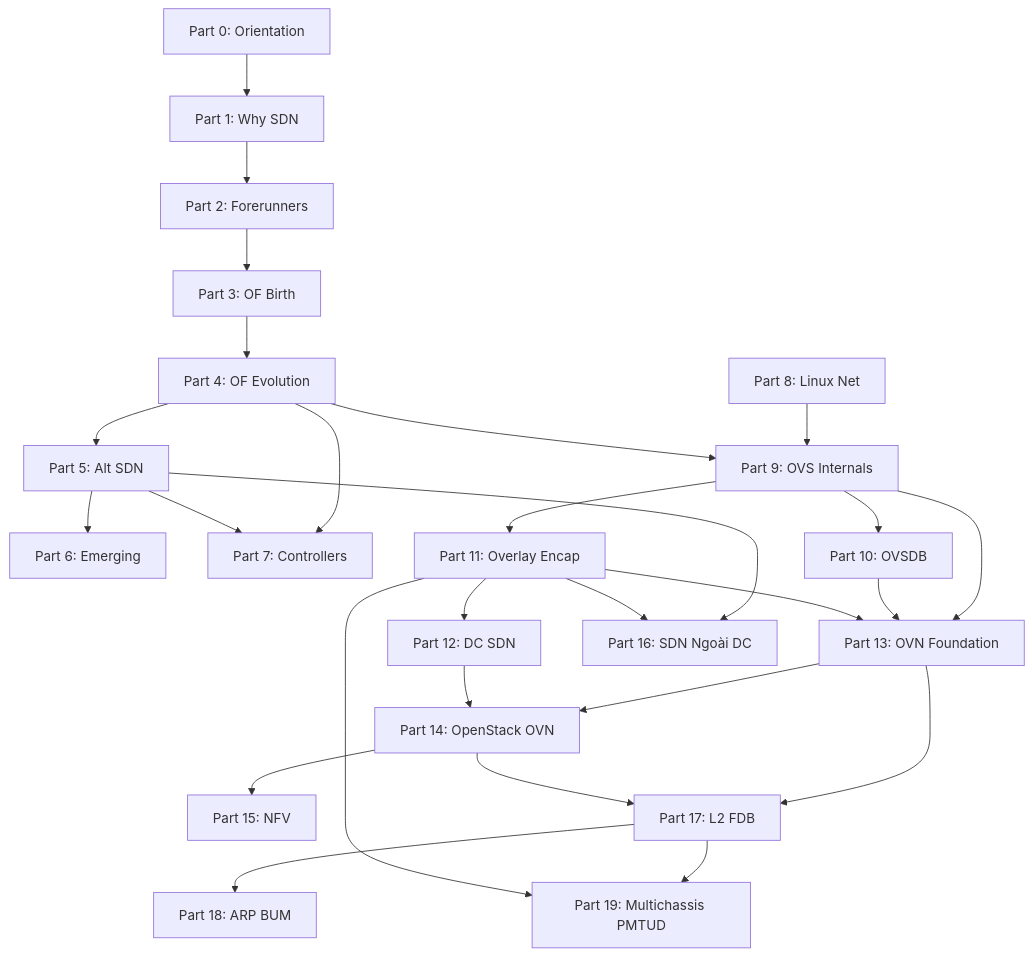
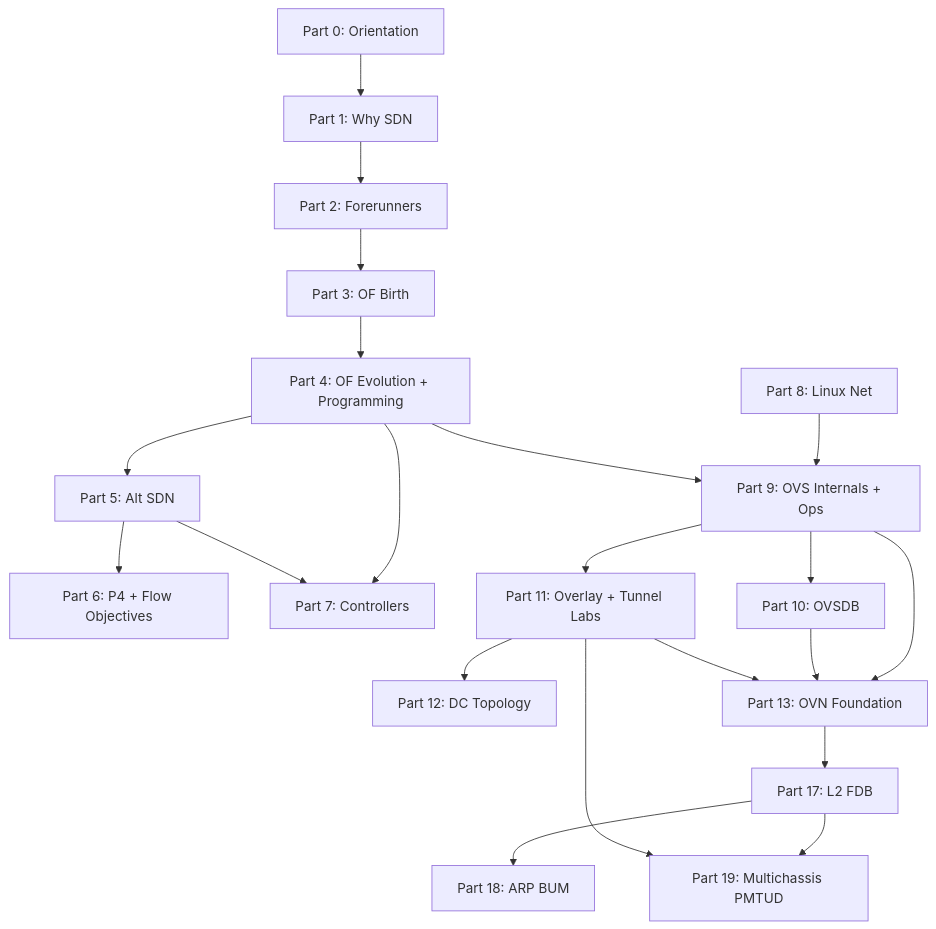
The diagram in sdn-onboard/README.md (volehuy1998/network-onboard), drawn with Mermaid before and after one commit. The commit also changed other lines of this file and 17 other files, not shown here.

First line of the commit message:
refactor(sdn): rev 3 scope tightening — remove OpenStack/Neutron/NFV/WAN from curriculum (P0)

````diff
--- a/sdn-onboard/README.md
+++ b/sdn-onboard/README.md
@@ -21,50 +23,41 @@
 ```mermaid
 graph TD
   P0[Part 0: Orientation]
   P1[Part 1: Why SDN]
   P2[Part 2: Forerunners]
   P3[Part 3: OF Birth]
-  P4[Part 4: OF Evolution]
+  P4[Part 4: OF Evolution + Programming]
   P5[Part 5: Alt SDN]
-  P6[Part 6: Emerging]
+  P6[Part 6: P4 + Flow Objectives]
   P7[Part 7: Controllers]
   P8[Part 8: Linux Net]
-  P9[Part 9: OVS Internals]
+  P9[Part 9: OVS Internals + Ops]
   P10[Part 10: OVSDB]
-  P11[Part 11: Overlay Encap]
-  P12[Part 12: DC SDN]
+  P11[Part 11: Overlay + Tunnel Labs]
+  P12[Part 12: DC Topology]
   P13[Part 13: OVN Foundation]
-  P14[Part 14: OpenStack OVN]
-  P15[Part 15: NFV]
-  P16[Part 16: SDN Ngoài DC]
   P17[Part 17: L2 FDB]
   P18[Part 18: ARP BUM]
   P19[Part 19: Multichassis PMTUD]
 
   P0 --> P1
   P1 --> P2
   P2 --> P3
   P3 --> P4
   P4 --> P5
   P4 --> P7
   P5 --> P6
   P5 --> P7
   P8 --> P9
   P9 --> P10
   P9 --> P11
   P4 --> P9
   P11 --> P12
   P9 --> P13
   P10 --> P13
   P11 --> P13
-  P13 --> P14
-  P12 --> P14
-  P14 --> P15
-  P5 --> P16
-  P11 --> P16
   P13 --> P17
-  P14 --> P17
   P17 --> P18
   P17 --> P19
   P11 --> P19
 ```
````
